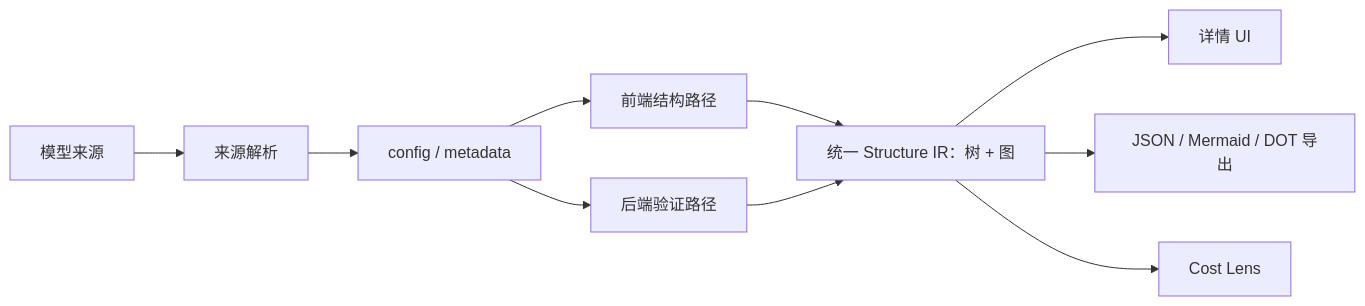
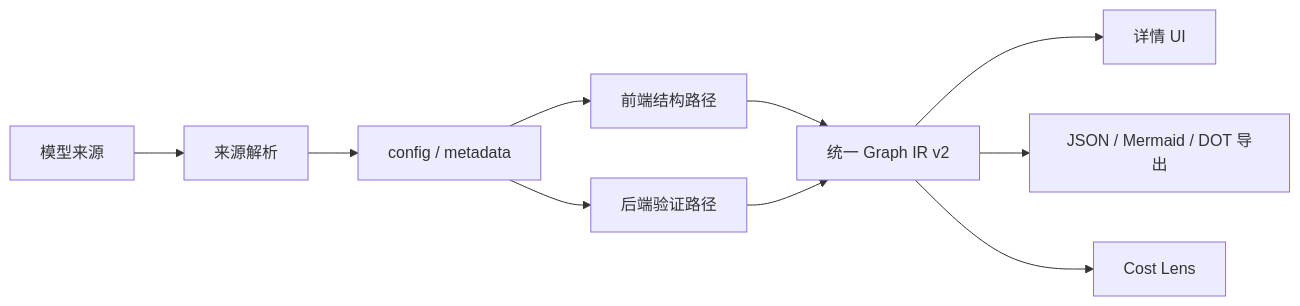
Before and after one commit to KinChow/model-structure-viewer: the diagram in docs/architecture.md, drawn with Mermaid. The commit also changed other lines of this file and 9 other files, not shown here.

Commit message:
refactor: make backend introspection graph-first

````diff
--- a/docs/architecture.md
+++ b/docs/architecture.md
@@ -9,12 +9,12 @@
 ```mermaid
 flowchart LR
   S[模型来源] --> R[来源解析]
   R --> C[config / metadata]
   C --> F[前端结构路径]
   C --> B[后端验证路径]
-  F --> IR[统一 Structure IR：树 + 图]
+  F --> IR[统一 Graph IR v2]
   B --> IR
   IR --> V[详情 UI]
   IR --> E[JSON / Mermaid / DOT 导出]
   IR --> L[Cost Lens]
 ```
````
